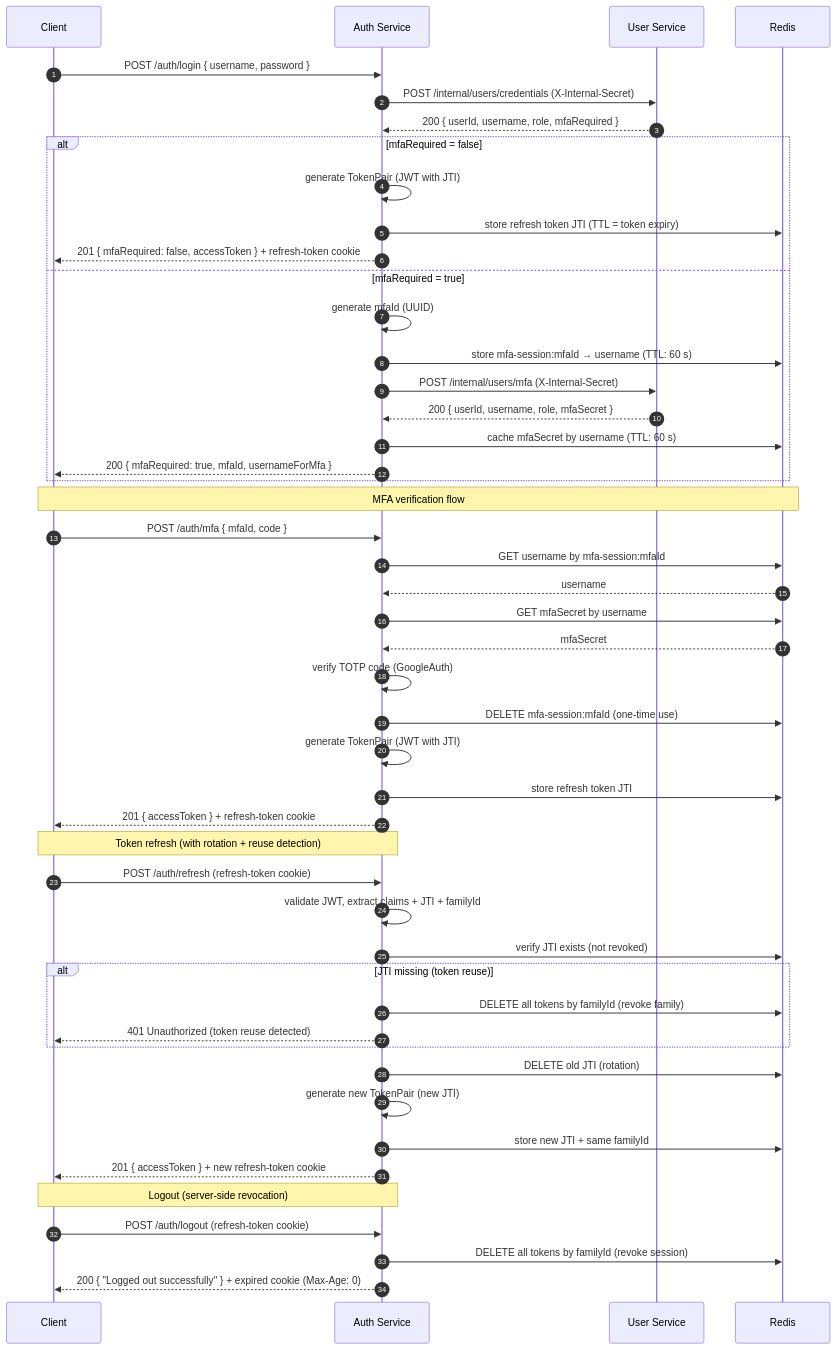
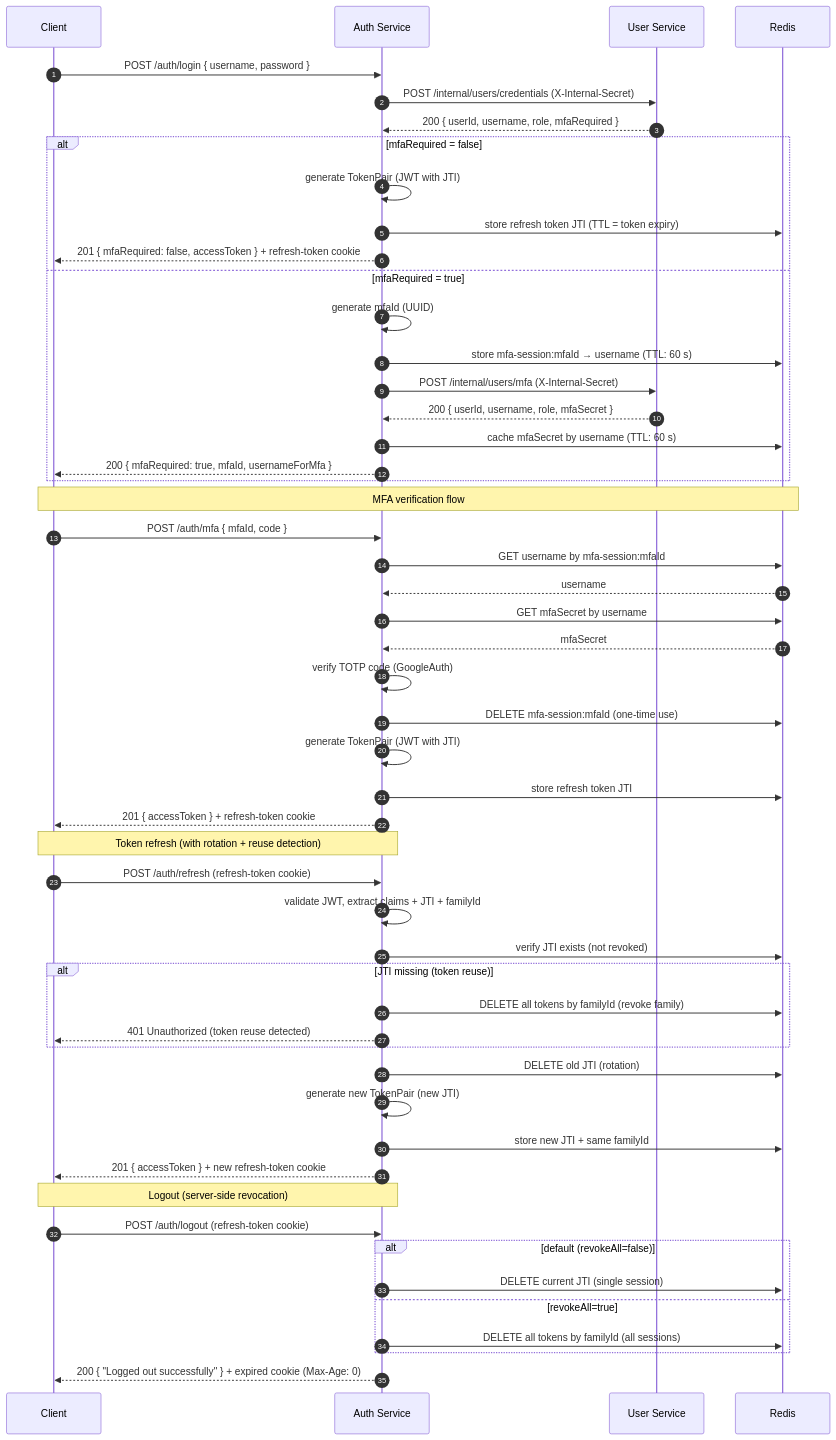
The first of 2 diagrams in services/auth-service/README.md (mrzodeczko-dev/security-platform), drawn with Mermaid before and after one commit. The commit also changed other lines of this file and 1 other file, not shown here.

````diff
--- a/services/auth-service/README.md
+++ b/services/auth-service/README.md
@@ -50,55 +50,59 @@
 ```mermaid
 sequenceDiagram
     autonumber
     participant C as Client
     participant AS as Auth Service
     participant US as User Service
     participant R as Redis
 
     C->>AS: POST /auth/login { username, password }
     AS->>US: POST /internal/users/credentials (X-Internal-Secret)
     US-->>AS: 200 { userId, username, role, mfaRequired }
 
     alt mfaRequired = false
         AS->>AS: generate TokenPair (JWT with JTI)
         AS->>R: store refresh token JTI (TTL = token expiry)
         AS-->>C: 201 { mfaRequired: false, accessToken } + refresh-token cookie
     else mfaRequired = true
         AS->>AS: generate mfaId (UUID)
         AS->>R: store mfa-session:mfaId → username (TTL: 60 s)
         AS->>US: POST /internal/users/mfa (X-Internal-Secret)
         US-->>AS: 200 { userId, username, role, mfaSecret }
         AS->>R: cache mfaSecret by username (TTL: 60 s)
         AS-->>C: 200 { mfaRequired: true, mfaId, usernameForMfa }
     end
 
     Note over C,R: MFA verification flow
     C->>AS: POST /auth/mfa { mfaId, code }
     AS->>R: GET username by mfa-session:mfaId
     R-->>AS: username
     AS->>R: GET mfaSecret by username
     R-->>AS: mfaSecret
     AS->>AS: verify TOTP code (GoogleAuth)
     AS->>R: DELETE mfa-session:mfaId (one-time use)
     AS->>AS: generate TokenPair (JWT with JTI)
     AS->>R: store refresh token JTI
     AS-->>C: 201 { accessToken } + refresh-token cookie
 
     Note over C,AS: Token refresh (with rotation + reuse detection)
     C->>AS: POST /auth/refresh (refresh-token cookie)
     AS->>AS: validate JWT, extract claims + JTI + familyId
     AS->>R: verify JTI exists (not revoked)
     alt JTI missing (token reuse)
         AS->>R: DELETE all tokens by familyId (revoke family)
         AS-->>C: 401 Unauthorized (token reuse detected)
     end
     AS->>R: DELETE old JTI (rotation)
     AS->>AS: generate new TokenPair (new JTI)
     AS->>R: store new JTI + same familyId
     AS-->>C: 201 { accessToken } + new refresh-token cookie
 
     Note over C,AS: Logout (server-side revocation)
     C->>AS: POST /auth/logout (refresh-token cookie)
-    AS->>R: DELETE all tokens by familyId (revoke session)
+    alt default (revokeAll=false)
+        AS->>R: DELETE current JTI (single session)
+    else revokeAll=true
+        AS->>R: DELETE all tokens by familyId (all sessions)
+    end
     AS-->>C: 200 { "Logged out successfully" } + expired cookie (Max-Age: 0)
 ```
````
